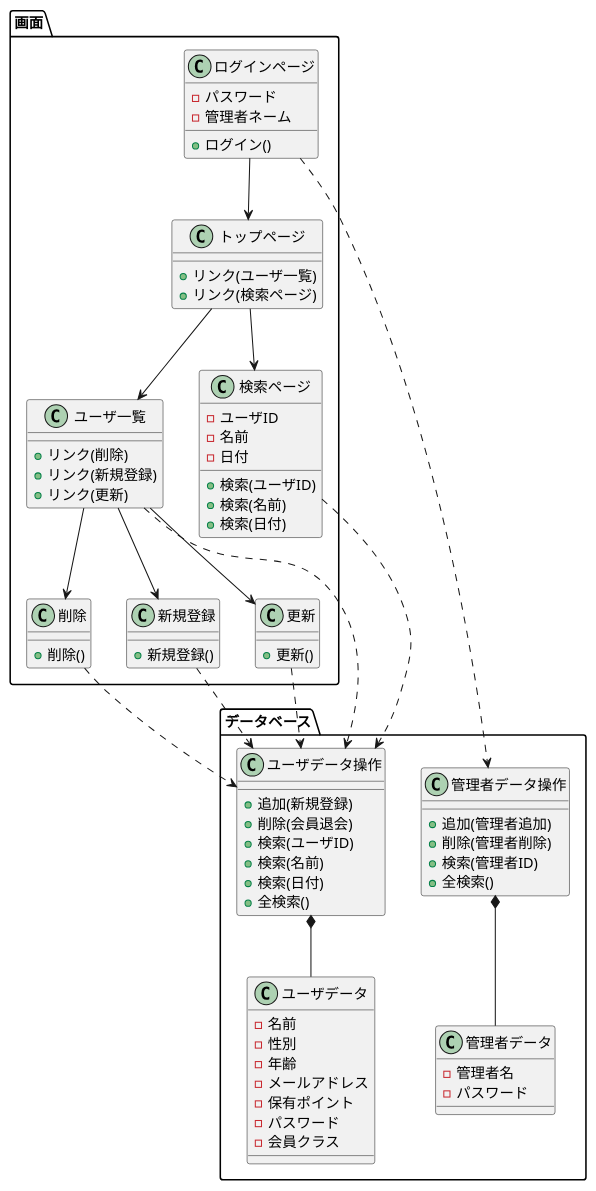
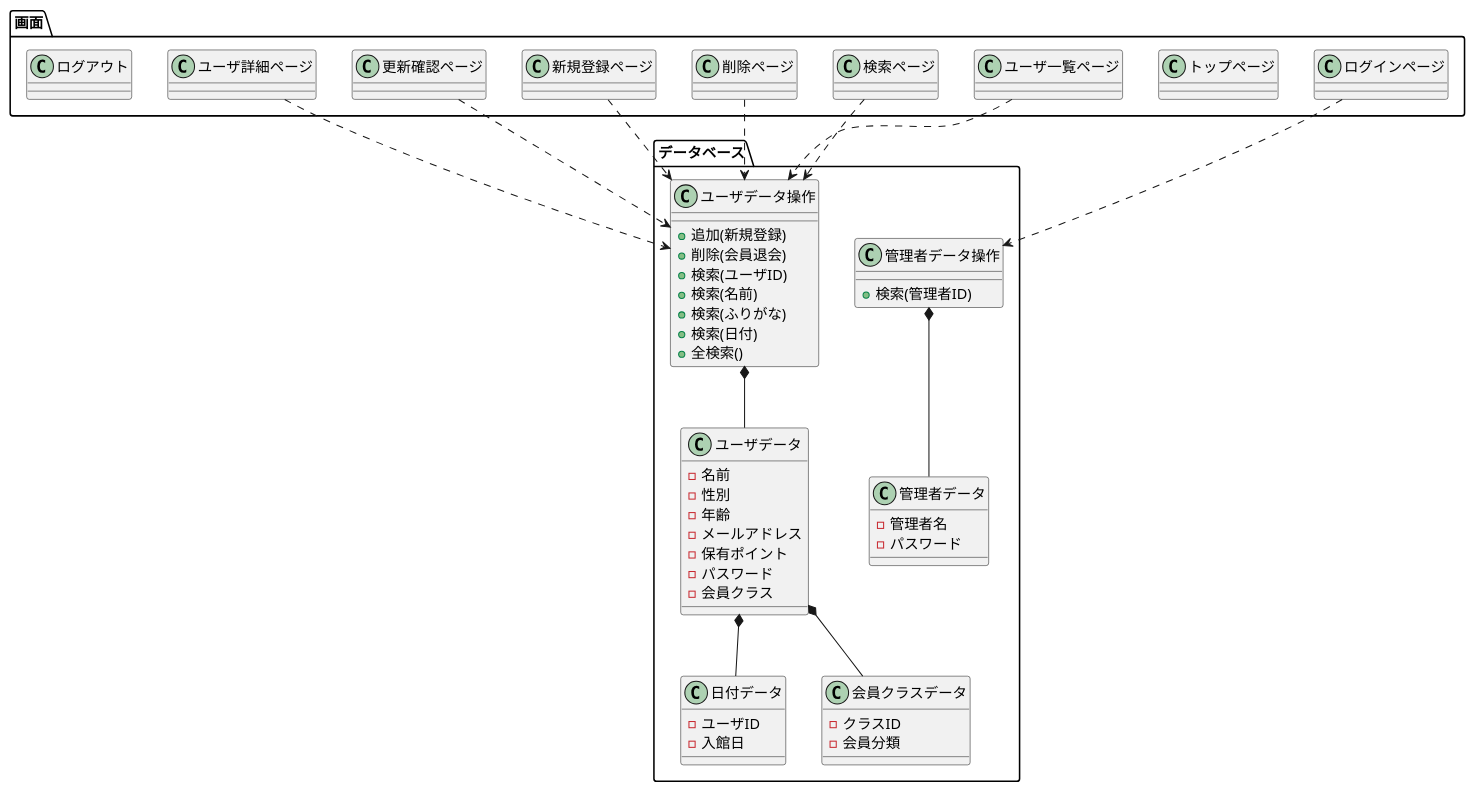
Before and after one commit to toufu66/ProjectC: the diagram in uml/class_pp.pu, drawn with PlantUML.

Commit message:
クラス図修正版

```diff
--- a/uml/class_pp.pu
+++ b/uml/class_pp.pu
@@ -1,81 +1,88 @@
 @startuml
 package 画面{
 	class ログインページ{
-		+ログイン()
-		-パスワード
-		-管理者ネーム
+
 	}
 	class トップページ{
-		+リンク(ユーザ一覧)
-		+リンク(検索ページ)
+
 	}
-	class ユーザ一覧{
-		+リンク(削除)
-		+リンク(新規登録)
-		+リンク(更新)
+	class ユーザ一覧ページ{
+
 	}
 	class 検索ページ{
-		-ユーザID
-		-名前
-		-日付
-		+検索(ユーザID)
-		+検索(名前)
-		+検索(日付)
+
 	}
-	class 削除{
-		+削除()
+	class 削除ページ{
+
 	}
-	class 新規登録{
-		+新規登録()
+	class 新規登録ページ{
+
 	}
-	class 更新{
-		+更新()
+	class 更新確認ページ{
+
 	}
+	class ユーザ詳細ページ{
+
+	}
+	class ログアウト{
+
+	}
+
+
 }
+
 package データベース{
 	class ユーザデータ操作{
 		+追加(新規登録)
 		+削除(会員退会)
 		+検索(ユーザID)
 		+検索(名前)
+		+検索(ふりがな)
 		+検索(日付)
 		+全検索()
 	}
 	class ユーザデータ{
 		-名前
 		-性別
 		-年齢
 		-メールアドレス
 		-保有ポイント
 		-パスワード
 		-会員クラス
 	}
 	class 管理者データ{
 		-管理者名
 		-パスワード
 	}
 	class 管理者データ操作{
-		+追加(管理者追加)
-		+削除(管理者削除)
+
 		+検索(管理者ID)
-		+全検索()
+
+	}
+	class 日付データ{
+		-ユーザID
+		-入館日
+
+	}
+	class 会員クラスデータ{
+		-クラスID
+		-会員分類
+
 	}
 }
 
-ログインページ --> トップページ
+
 ログインページ ..> 管理者データ操作
-トップページ --> ユーザ一覧
-トップページ --> 検索ページ
-ユーザ一覧 --> 新規登録
-ユーザ一覧 --> 更新
-ユーザ一覧 --> 削除
-ユーザ一覧 ..> ユーザデータ操作
-新規登録 ..> ユーザデータ操作
-更新 ..> ユーザデータ操作
-削除 ..> ユーザデータ操作
+
+ユーザ一覧ページ ..> ユーザデータ操作
+新規登録ページ ..> ユーザデータ操作
+更新確認ページ ..> ユーザデータ操作
+削除ページ ..> ユーザデータ操作
 検索ページ ..> ユーザデータ操作
-
+ユーザ詳細ページ ..>ユーザデータ操作
 ユーザデータ操作 *--  ユーザデータ
 管理者データ操作 *--  管理者データ
+ユーザデータ *-- 日付データ
+ユーザデータ *-- 会員クラスデータ
 
 @enduml
```
